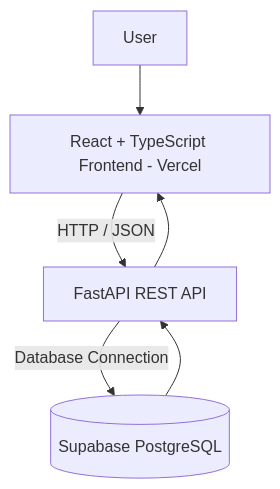
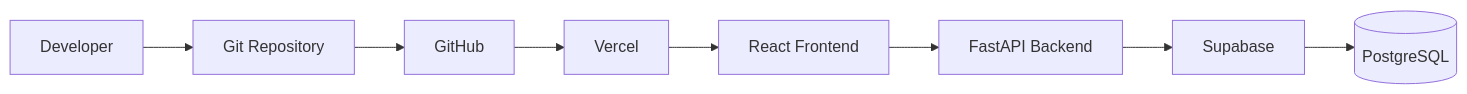
Before and after one commit to sadmansakibornob/DocHub: the seventh of 8 diagrams in docs/tdd.md, drawn with Mermaid. The commit also changed other lines of this file and 48 other files, not shown here.

````diff
--- a/docs/tdd.md
+++ b/docs/tdd.md
@@ -32,8 +765,12 @@
 ```mermaid
-flowchart TD
-    U[User] --> FE[React + TypeScript Frontend - Vercel]
-    FE -->|HTTP / JSON| API[FastAPI REST API]
-    API -->|Database Connection| DB[(Supabase PostgreSQL)]
-    DB --> API
-    API --> FE
+flowchart LR
+    DEV[Developer] --> GIT[Git Repository]
+    GIT --> GH[GitHub]
+
+    GH --> V[Vercel]
+    V --> FE[React Frontend]
+
+    FE --> API[FastAPI Backend]
+    API --> SB[Supabase]
+    SB --> DB[(PostgreSQL)]
 ```
````
